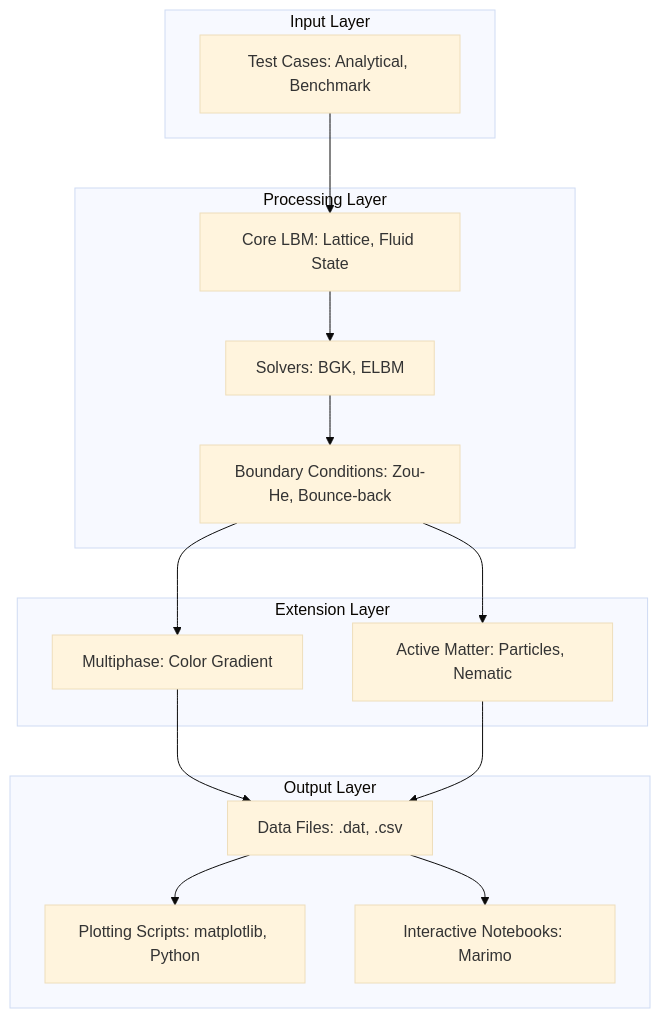
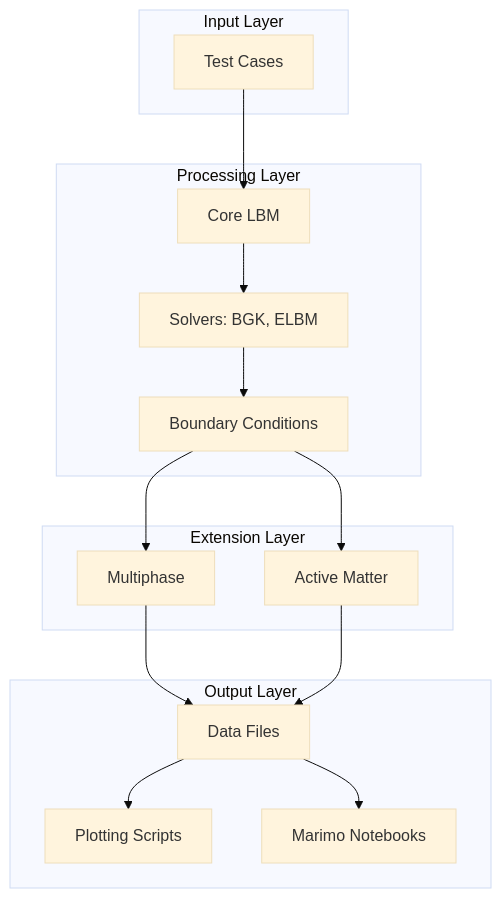
Before and after one commit to sithtsar/BTP: the third of 6 diagrams in README.md, drawn with Mermaid (base theme).

Commit message:
docs: Fix Module Dependencies Mermaid diagram syntax
Corrected subgraph syntax to use quoted labels for GitHub compatibility.

````diff
--- a/README.md
+++ b/README.md
@@ -220,33 +220,33 @@
 ```mermaid
 graph TB
-    subgraph Input[Input Layer]
-        TestCases[Test Cases: Analytical, Benchmark]
+    subgraph Input["Input Layer"]
+        TestCases["Test Cases"]
     end
 
-    subgraph Processing[Processing Layer]
-        Core[Core LBM: Lattice, Fluid State]
-        Solvers[Solvers: BGK, ELBM]
-        Boundary[Boundary Conditions: Zou-He, Bounce-back]
+    subgraph Processing["Processing Layer"]
+        Core["Core LBM"]
+        Solvers["Solvers: BGK, ELBM"]
+        Boundary["Boundary Conditions"]
     end
 
-    subgraph Extensions[Extension Layer]
-        Multiphase[Multiphase: Color Gradient]
-        Active[Active Matter: Particles, Nematic]
+    subgraph Extensions["Extension Layer"]
+        Multiphase["Multiphase"]
+        Active["Active Matter"]
     end
 
-    subgraph Output[Output Layer]
-        DataFiles[Data Files: .dat, .csv]
-        Plotting[Plotting Scripts: matplotlib, Python]
-        Notebooks[Interactive Notebooks: Marimo]
+    subgraph Output["Output Layer"]
+        DataFiles["Data Files"]
+        Plotting["Plotting Scripts"]
+        Notebooks["Marimo Notebooks"]
     end
 
     TestCases --> Core
     Core --> Solvers
     Solvers --> Boundary
     Boundary --> Multiphase
     Boundary --> Active
     Multiphase --> DataFiles
     Active --> DataFiles
     DataFiles --> Plotting
     DataFiles --> Notebooks
 ```
````
